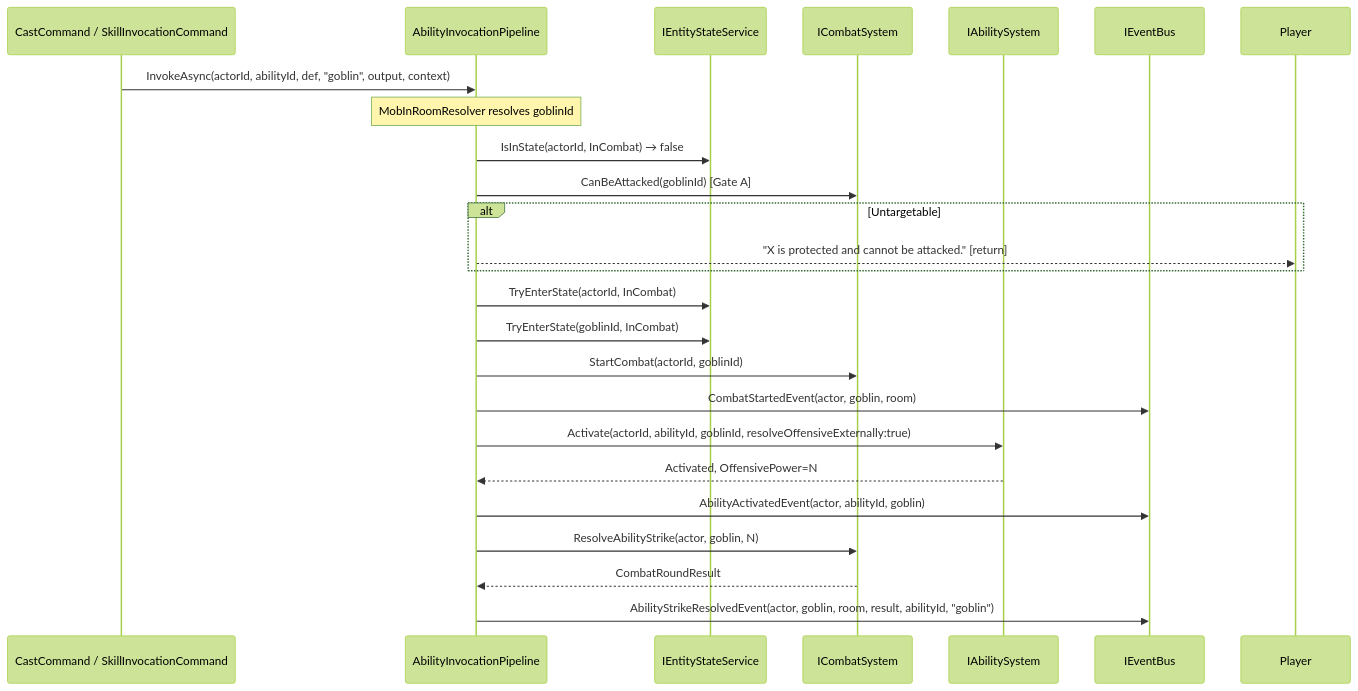
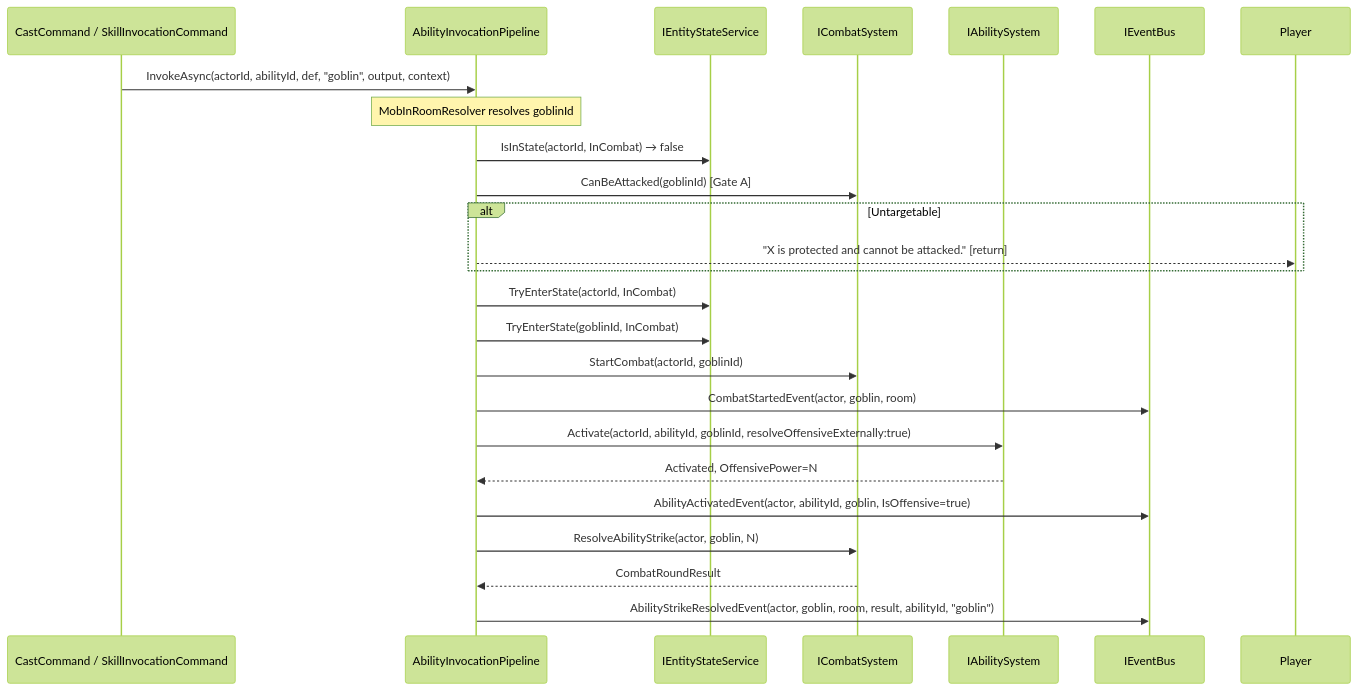
The third of 3 diagrams in docs/architecture/flows/flow-24-ability-activation.md (dmbyer/Hedron), drawn with Mermaid (forest theme) before and after one commit. The commit also changed other lines of this file and 59 other files, not shown here.

````diff
--- a/docs/architecture/flows/flow-24-ability-activation.md
+++ b/docs/architecture/flows/flow-24-ability-activation.md
@@ -102,27 +106,27 @@
 ```mermaid
 sequenceDiagram
     participant Cmd as CastCommand / SkillInvocationCommand
     participant P as AbilityInvocationPipeline
     participant ESS as IEntityStateService
     participant CS as ICombatSystem
     participant AS as IAbilitySystem
     participant Bus as IEventBus
 
     Cmd->>P: InvokeAsync(actorId, abilityId, def, "goblin", output, context)
     note over P: MobInRoomResolver resolves goblinId
     P->>ESS: IsInState(actorId, InCombat) → false
     P->>CS: CanBeAttacked(goblinId) [Gate A]
     alt Untargetable
         P-->>Player: "X is protected and cannot be attacked." [return]
     end
     P->>ESS: TryEnterState(actorId, InCombat)
     P->>ESS: TryEnterState(goblinId, InCombat)
     P->>CS: StartCombat(actorId, goblinId)
     P->>Bus: CombatStartedEvent(actor, goblin, room)
     P->>AS: Activate(actorId, abilityId, goblinId, resolveOffensiveExternally:true)
     AS-->>P: Activated, OffensivePower=N
-    P->>Bus: AbilityActivatedEvent(actor, abilityId, goblin)
+    P->>Bus: AbilityActivatedEvent(actor, abilityId, goblin, IsOffensive=true)
     P->>CS: ResolveAbilityStrike(actor, goblin, N)
     CS-->>P: CombatRoundResult
     P->>Bus: AbilityStrikeResolvedEvent(actor, goblin, room, result, abilityId, "goblin")
 ```
````
